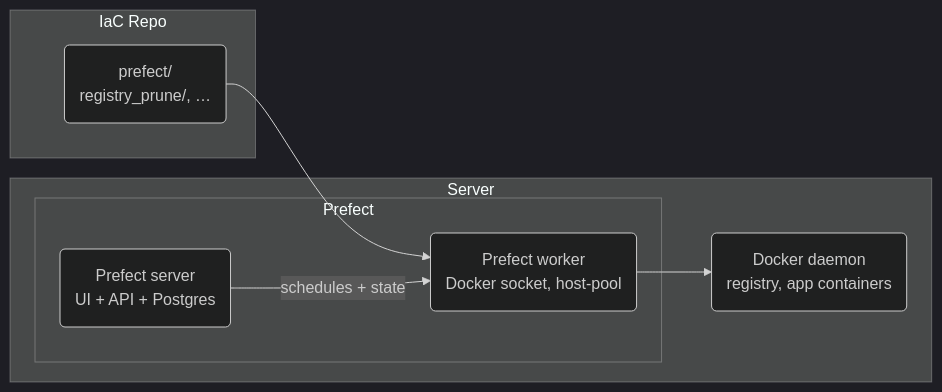
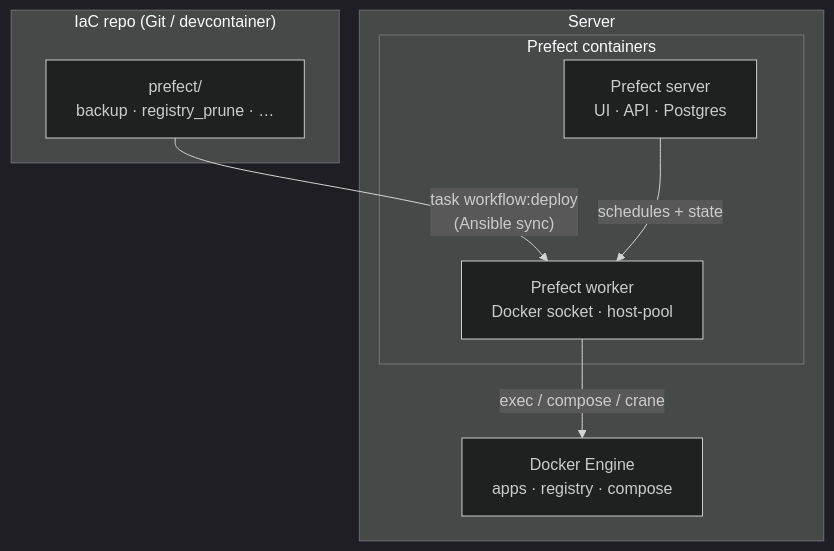
The diagram in docs/workflows.md (rednaw/iac), drawn with Mermaid (dark theme) before and after one commit. The commit also changed other lines of this file and 8 other files, not shown here.

````diff
--- a/docs/workflows.md
+++ b/docs/workflows.md
@@ -7,16 +10,18 @@
 ```mermaid
-flowchart LR
-    subgraph REPO["IaC Repo"]
-        FLOWS(prefect/<br/>registry_prune/, …)
+flowchart TB
+    subgraph REPO["IaC repo (Git / devcontainer)"]
+        FLOWS["prefect/<br/>backup · registry_prune · …"]
     end
-    subgraph SERVER["Server"]
-        subgraph PREFECT["Prefect"]
-            PSERVER(Prefect server<br/>UI + API + Postgres)
-            PWORKER(Prefect worker<br/>Docker socket, host-pool)
+
+    subgraph SRV["Server"]
+        subgraph PF["Prefect containers"]
+            PSERVER["Prefect server<br/>UI · API · Postgres"]
+            PWORKER["Prefect worker<br/>Docker socket · host-pool"]
         end
-        DOCKER(Docker daemon<br/>registry, app containers)
+        DOCKER["Docker Engine<br/>apps · registry · compose"]
     end
-    FLOWS --> PWORKER
-    PWORKER --> DOCKER
-    PSERVER -->|schedules + state| PWORKER
+
+    FLOWS -->|"task workflow:deploy<br/>(Ansible sync)"| PWORKER
+    PSERVER -->|"schedules + state"| PWORKER
+    PWORKER -->|"exec / compose / crane"| DOCKER
 ```
````
